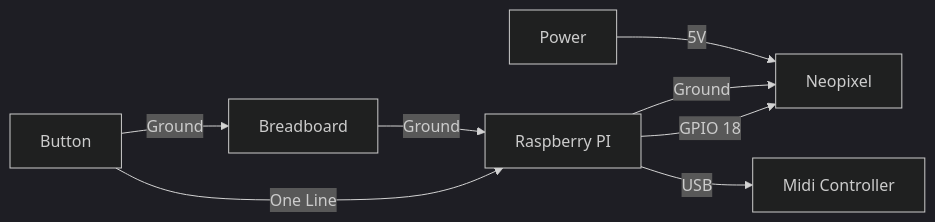
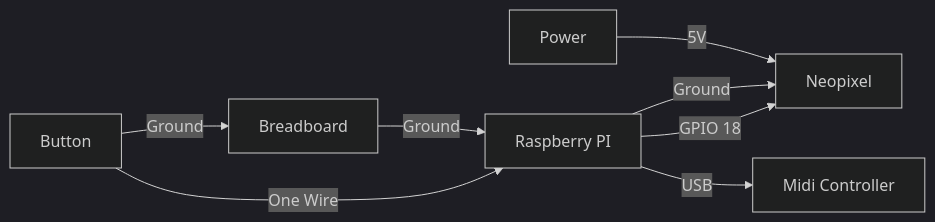
The diagram in README.md (Kean-en/TeamA-Egl314), drawn with Mermaid (dark theme) before and after one commit.

````diff
--- a/README.md
+++ b/README.md
@@ -30,16 +30,16 @@
 ```mermaid
 graph LR
 A[Button]
 B[Breadboard]
 C[Raspberry PI]
 D[Neopixel]
 E[Midi Controller]
 
 A --Ground--> B
-A --One Line--> C
+A --One Wire--> C
 B --Ground--> C
 C --GPIO 18--> D
 C --Ground--> D
 C --USB--> E
 Power --5V--> D
 ```
````
